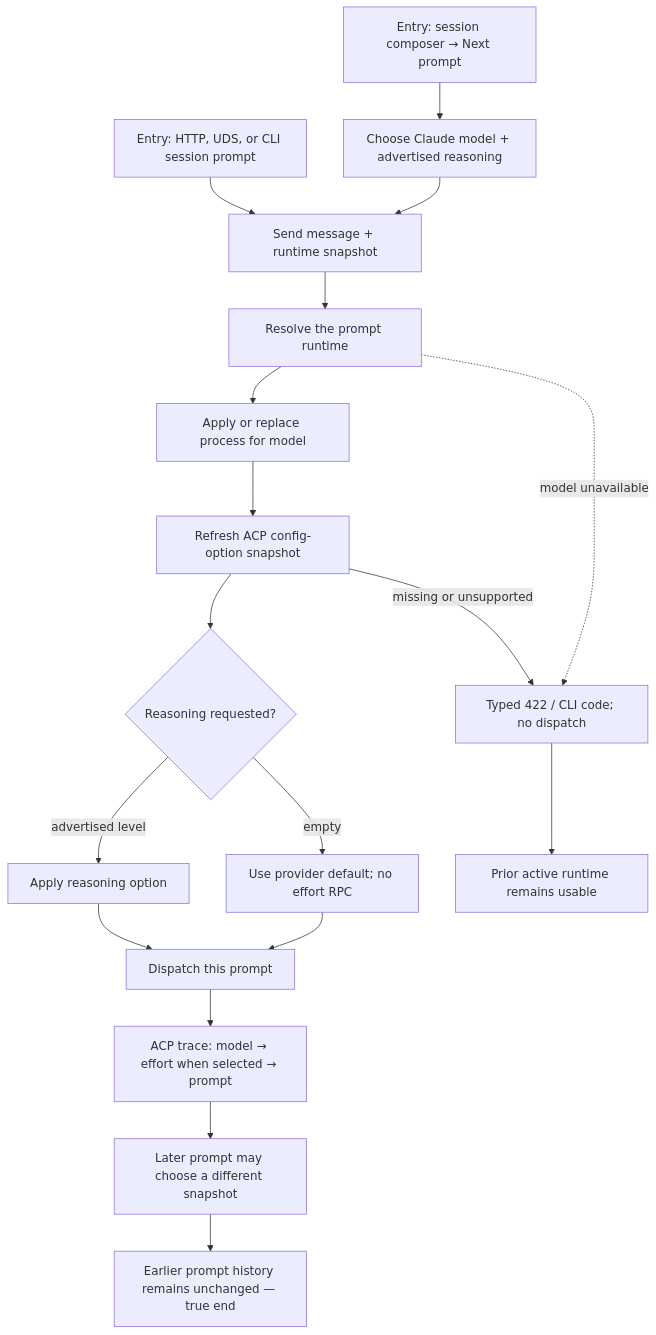
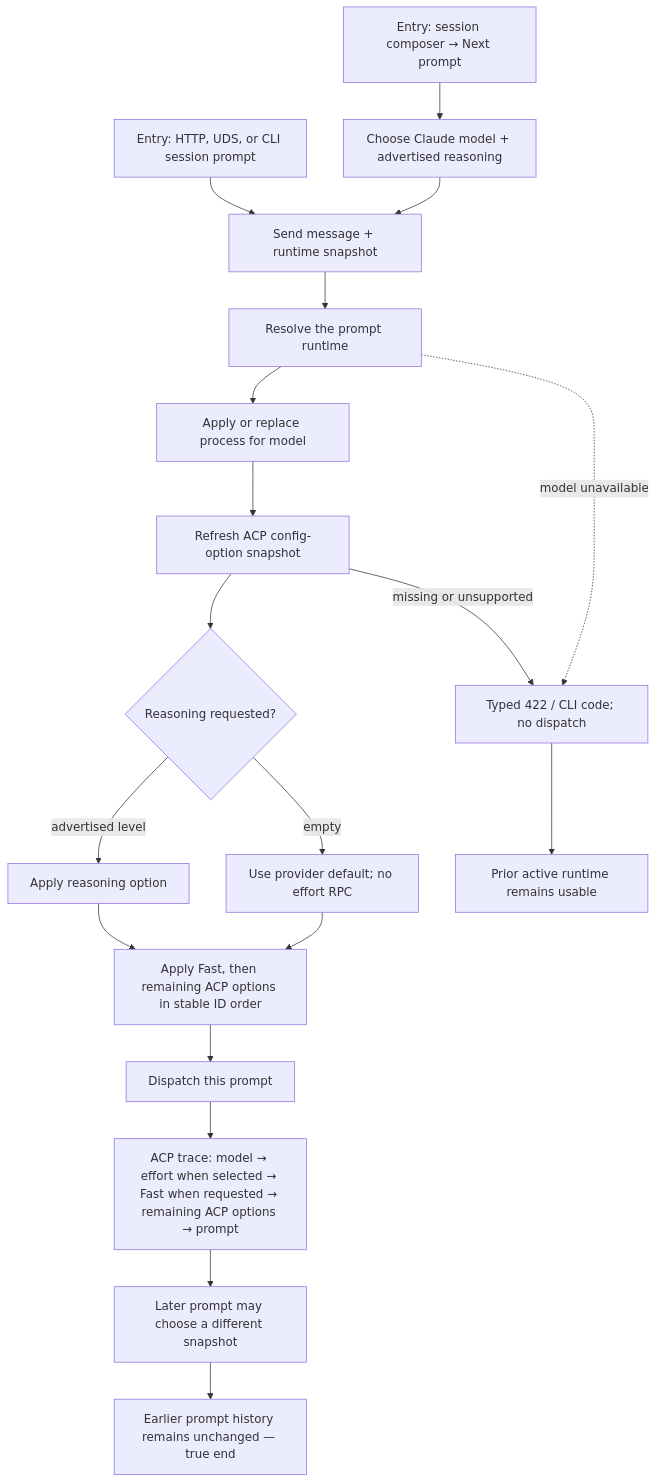
The diagram in docs/qa/journeys/J-21-claude-reasoning-end-to-end.md (compozy/compozy), drawn with Mermaid before and after one commit. The commit also changed other lines of this file and 630 other files, not shown here.

````diff
--- a/docs/qa/journeys/J-21-claude-reasoning-end-to-end.md
+++ b/docs/qa/journeys/J-21-claude-reasoning-end-to-end.md
@@ -9,20 +9,21 @@
 ```mermaid
 flowchart TD
     E1[Entry: session composer → Next prompt] --> PICK[Choose Claude model + advertised reasoning]
     E2[Entry: HTTP, UDS, or CLI session prompt] --> PAYLOAD[Send message + runtime snapshot]
     PICK --> PAYLOAD
     PAYLOAD --> PLAN[Resolve the prompt runtime]
     PLAN --> MODEL[Apply or replace process for model]
     MODEL --> OPTIONS[Refresh ACP config-option snapshot]
     OPTIONS --> EFFORT{Reasoning requested?}
     EFFORT -->|advertised level| APPLY[Apply reasoning option]
     EFFORT -->|empty| NORPC[Use provider default; no effort RPC]
-    APPLY --> DISPATCH[Dispatch this prompt]
-    NORPC --> DISPATCH
-    DISPATCH --> TRACE[ACP trace: model → effort when selected → prompt]
+    APPLY --> EXTRA[Apply Fast, then remaining ACP options in stable ID order]
+    EXTRA --> DISPATCH[Dispatch this prompt]
+    NORPC --> EXTRA
+    DISPATCH --> TRACE[ACP trace: model → effort when selected → Fast when requested → remaining ACP options → prompt]
     TRACE --> LATER[Later prompt may choose a different snapshot]
     LATER --> END[Earlier prompt history remains unchanged — true end]
     OPTIONS -->|missing or unsupported| FAIL[Typed 422 / CLI code; no dispatch]
     FAIL --> ROLLBACK[Prior active runtime remains usable]
     PLAN -.->|model unavailable| FAIL
 ```
````
